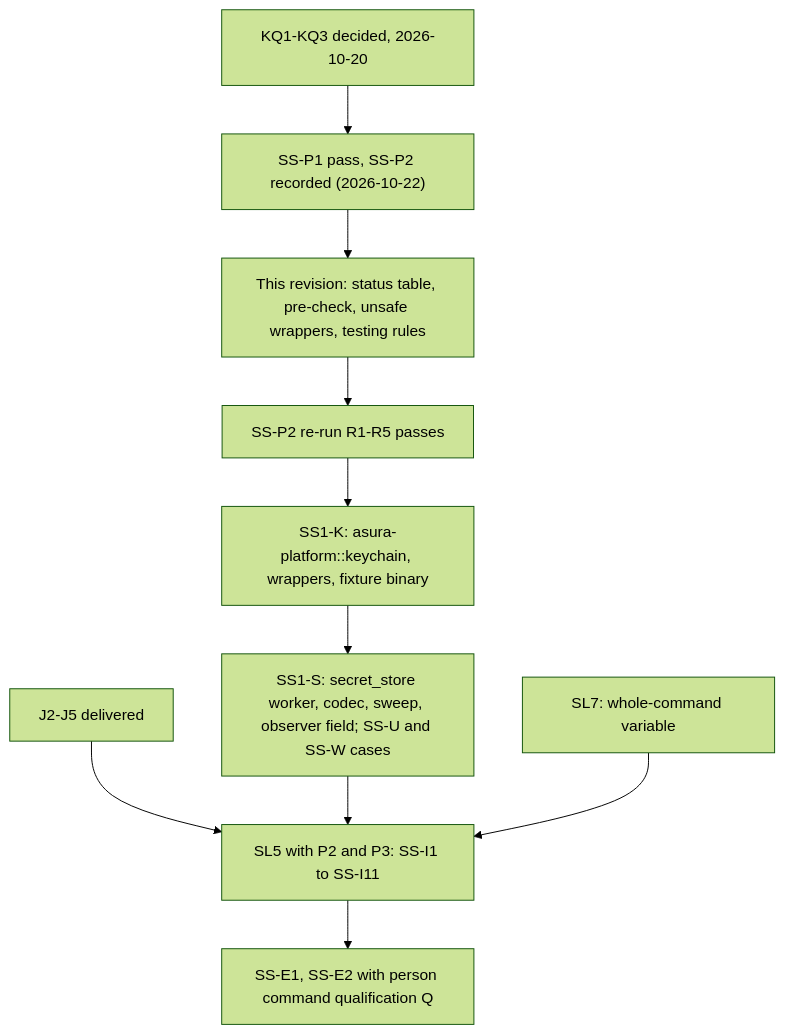
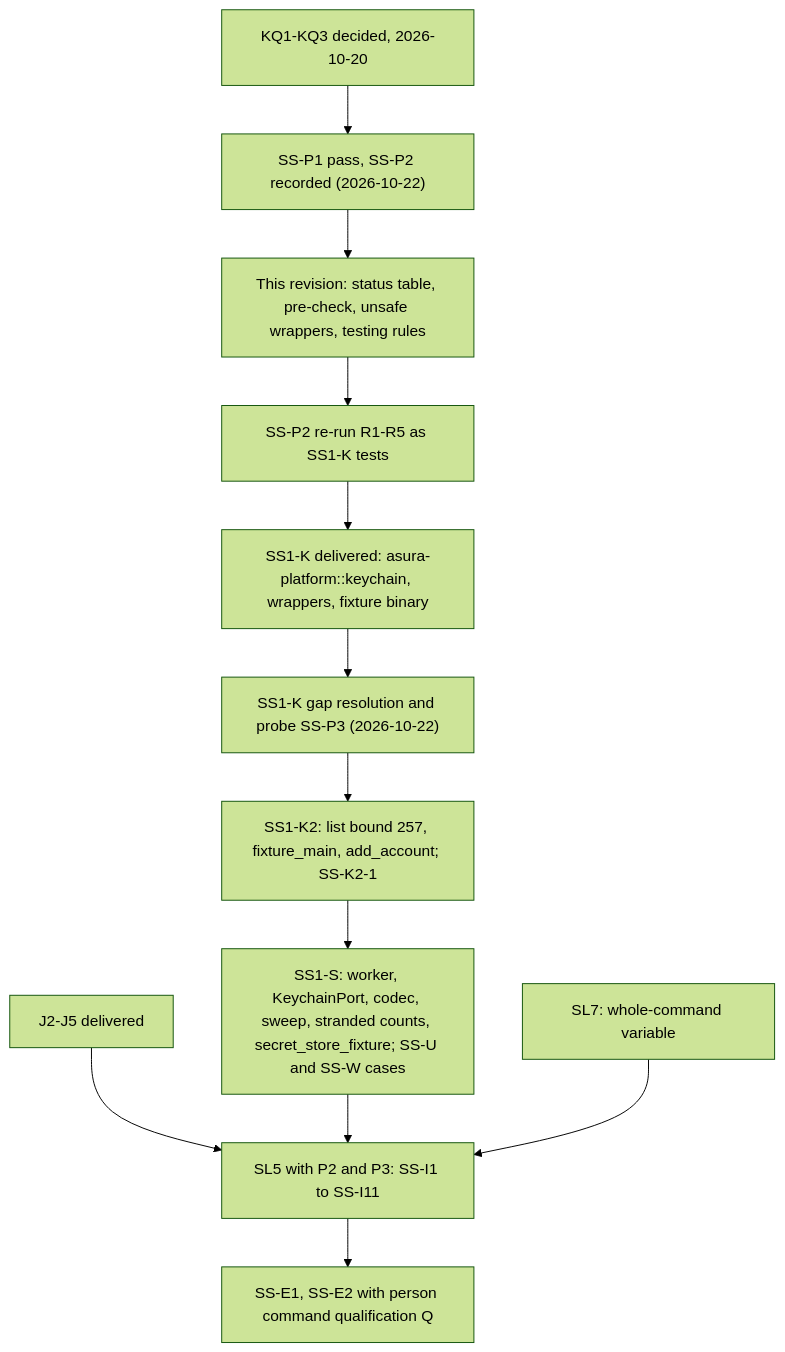
One commit to pidster/asura changed the fourth of 4 diagrams in docs/designs/secret-store.md. Above: the diagram before and after it, drawn with Mermaid (forest theme). The commit also changed other lines of this file and 3 other files, not shown here.

First line of the commit message:
Settle the secret store worker gaps from the Keychain probes

````diff
--- a/docs/designs/secret-store.md
+++ b/docs/designs/secret-store.md
@@ -624,12 +835,14 @@
 ```mermaid
 flowchart TD
     KQ["KQ1-KQ3 decided, 2026-10-20"] --> Probe["SS-P1 pass, SS-P2 recorded (2026-10-22)"]
     Probe --> Rev["This revision: status table, pre-check, unsafe wrappers, testing rules"]
-    Rev --> Rerun["SS-P2 re-run R1-R5 passes"]
-    Rerun --> SSK["SS1-K: asura-platform::keychain, wrappers, fixture binary"]
-    SSK --> SSS["SS1-S: secret_store worker, codec, sweep, observer field; SS-U and SS-W cases"]
+    Rev --> Rerun["SS-P2 re-run R1-R5 as SS1-K tests"]
+    Rerun --> SSK["SS1-K delivered: asura-platform::keychain, wrappers, fixture binary"]
+    SSK --> Gaps["SS1-K gap resolution and probe SS-P3 (2026-10-22)"]
+    Gaps --> SSK2["SS1-K2: list bound 257, fixture_main, add_account; SS-K2-1"]
+    SSK2 --> SSS["SS1-S: worker, KeychainPort, codec, sweep, stranded counts, secret_store_fixture; SS-U and SS-W cases"]
     J["J2-J5 delivered"] --> SL5["SL5 with P2 and P3: SS-I1 to SS-I11"]
     SSS --> SL5
     SL7["SL7: whole-command variable"] --> SL5
     SL5 --> E2E["SS-E1, SS-E2 with person command qualification Q"]
 ```
````
